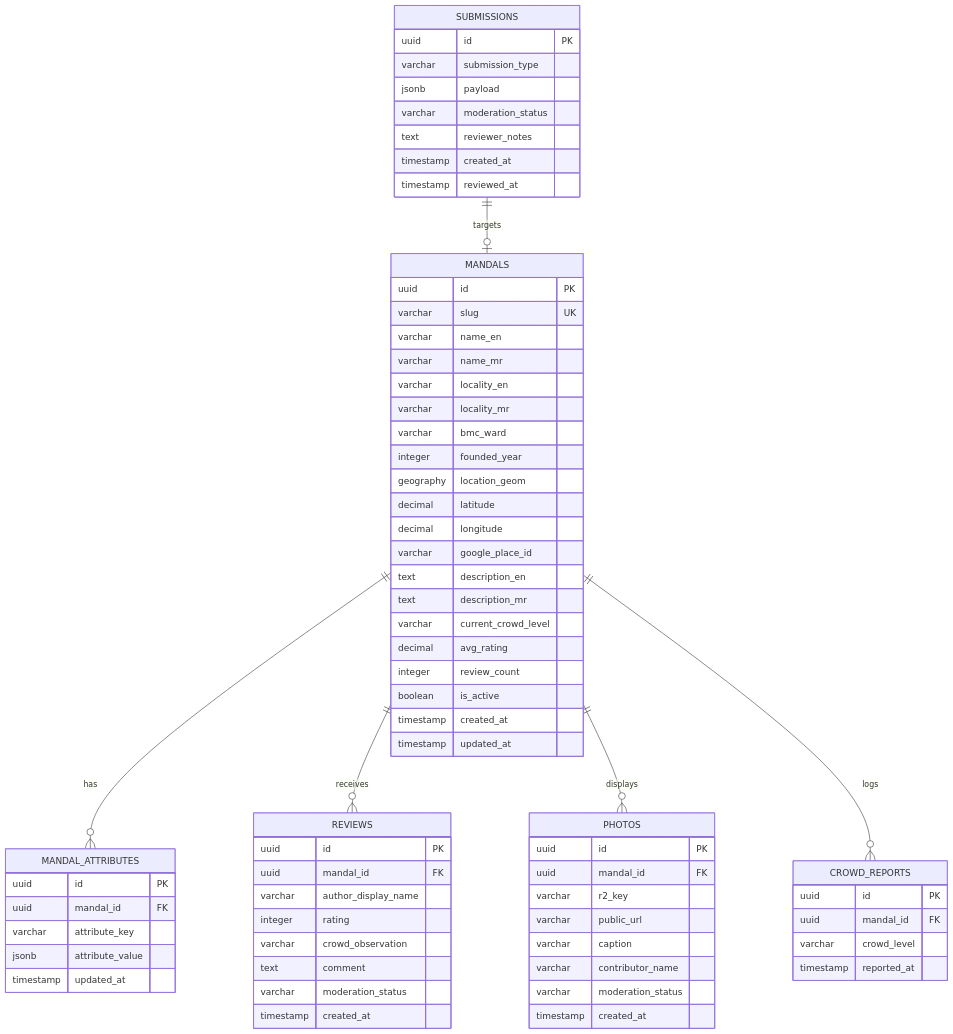
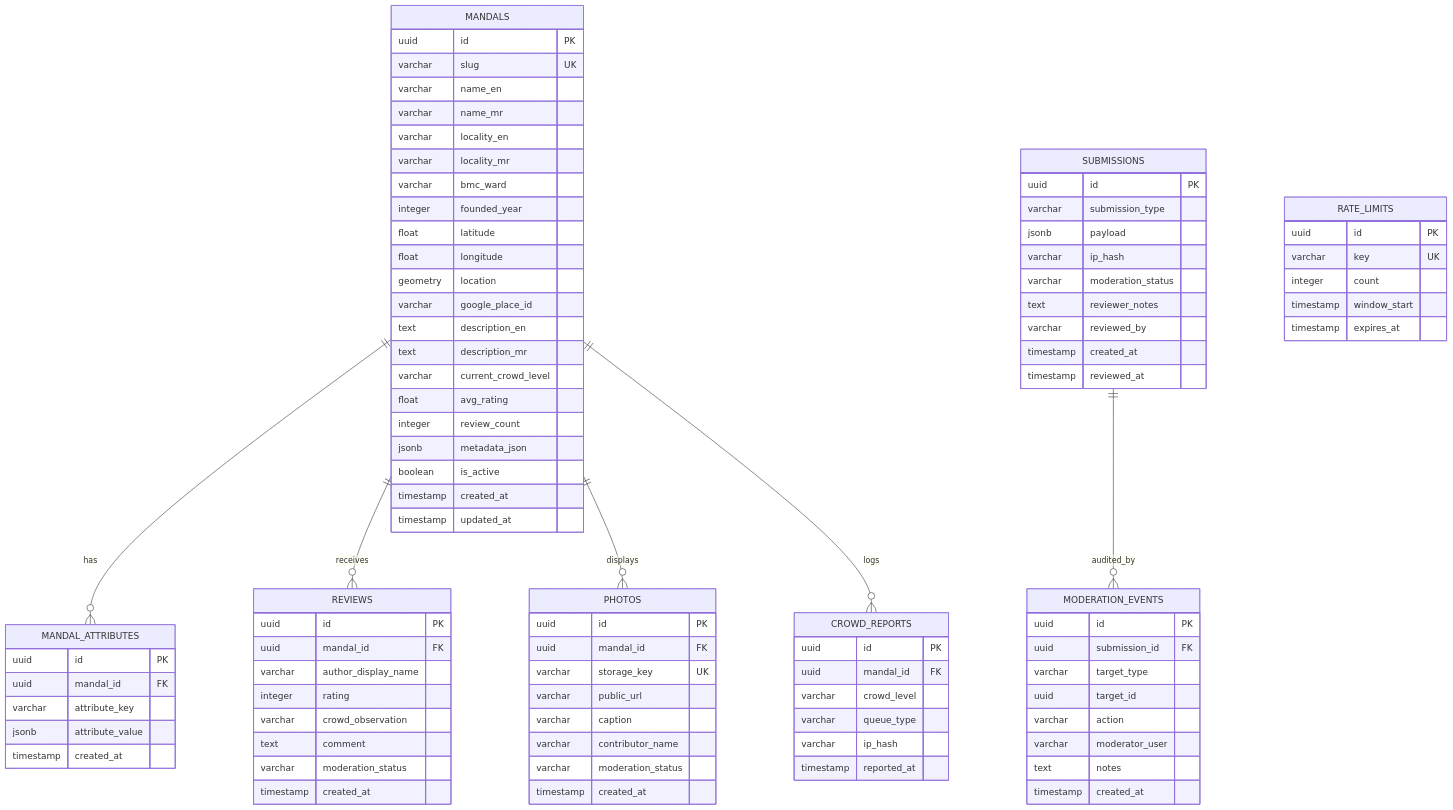
Before and after one commit to veeradeshmukh/bappamap-mumbai: the diagram in docs/03-database-schema.md, drawn with Mermaid. The commit also changed other lines of this file and 13 other files, not shown here.

Commit message:
docs: update README, architecture specifications, and author IEEE technical report

````diff
--- a/docs/03-database-schema.md
+++ b/docs/03-database-schema.md
@@ -26,7 +28,7 @@
     MANDALS ||--o{ REVIEWS : receives
     MANDALS ||--o{ PHOTOS : displays
     MANDALS ||--o{ CROWD_REPORTS : logs
-    SUBMISSIONS ||--o| MANDALS : targets
+    SUBMISSIONS ||--o{ MODERATION_EVENTS : audited_by
 
     MANDALS {
         uuid id PK
@@ -37,15 +39,16 @@
         varchar locality_mr
         varchar bmc_ward
         integer founded_year
-        geography location_geom
-        decimal latitude
-        decimal longitude
+        float latitude
+        float longitude
+        geometry location
         varchar google_place_id
         text description_en
         text description_mr
         varchar current_crowd_level
-        decimal avg_rating
+        float avg_rating
         integer review_count
+        jsonb metadata_json
         boolean is_active
         timestamp created_at
         timestamp updated_at
@@ -56,7 +59,7 @@
         uuid mandal_id FK
         varchar attribute_key
         jsonb attribute_value
-        timestamp updated_at
+        timestamp created_at
     }
 
     REVIEWS {
@@ -73,7 +76,7 @@
     PHOTOS {
         uuid id PK
         uuid mandal_id FK
-        varchar r2_key
+        varchar storage_key UK
         varchar public_url
         varchar caption
         varchar contributor_name
@@ -85,6 +88,8 @@
         uuid id PK
         uuid mandal_id FK
         varchar crowd_level
+        varchar queue_type
+        varchar ip_hash
         timestamp reported_at
     }
 
@@ -92,9 +97,30 @@
         uuid id PK
         varchar submission_type
         jsonb payload
+        varchar ip_hash
         varchar moderation_status
         text reviewer_notes
+        varchar reviewed_by
         timestamp created_at
         timestamp reviewed_at
     }
+
+    MODERATION_EVENTS {
+        uuid id PK
+        uuid submission_id FK
+        varchar target_type
+        uuid target_id
+        varchar action
+        varchar moderator_user
+        text notes
+        timestamp created_at
+    }
+
+    RATE_LIMITS {
+        uuid id PK
+        varchar key UK
+        integer count
+        timestamp window_start
+        timestamp expires_at
+    }
 ```
````
